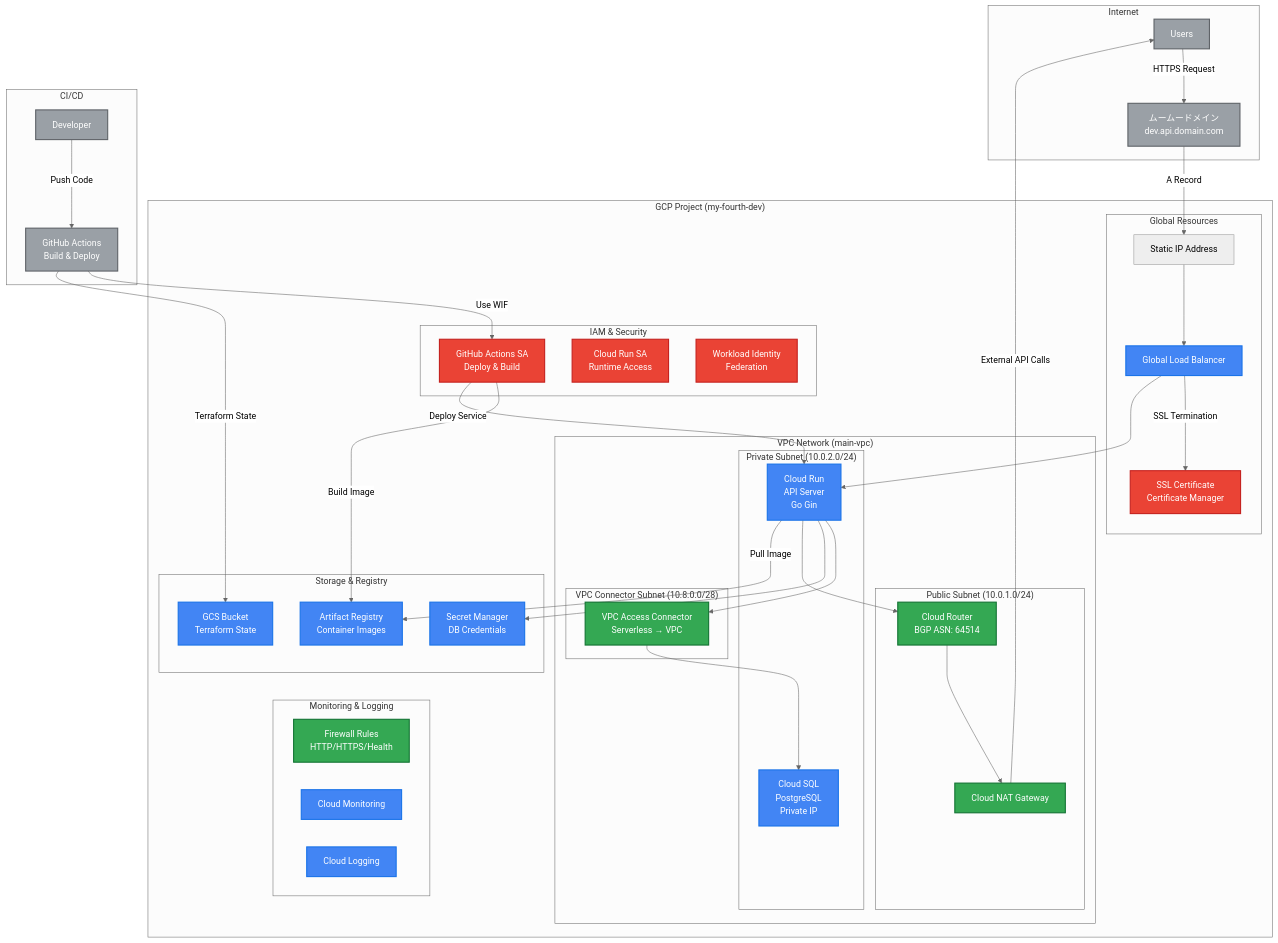
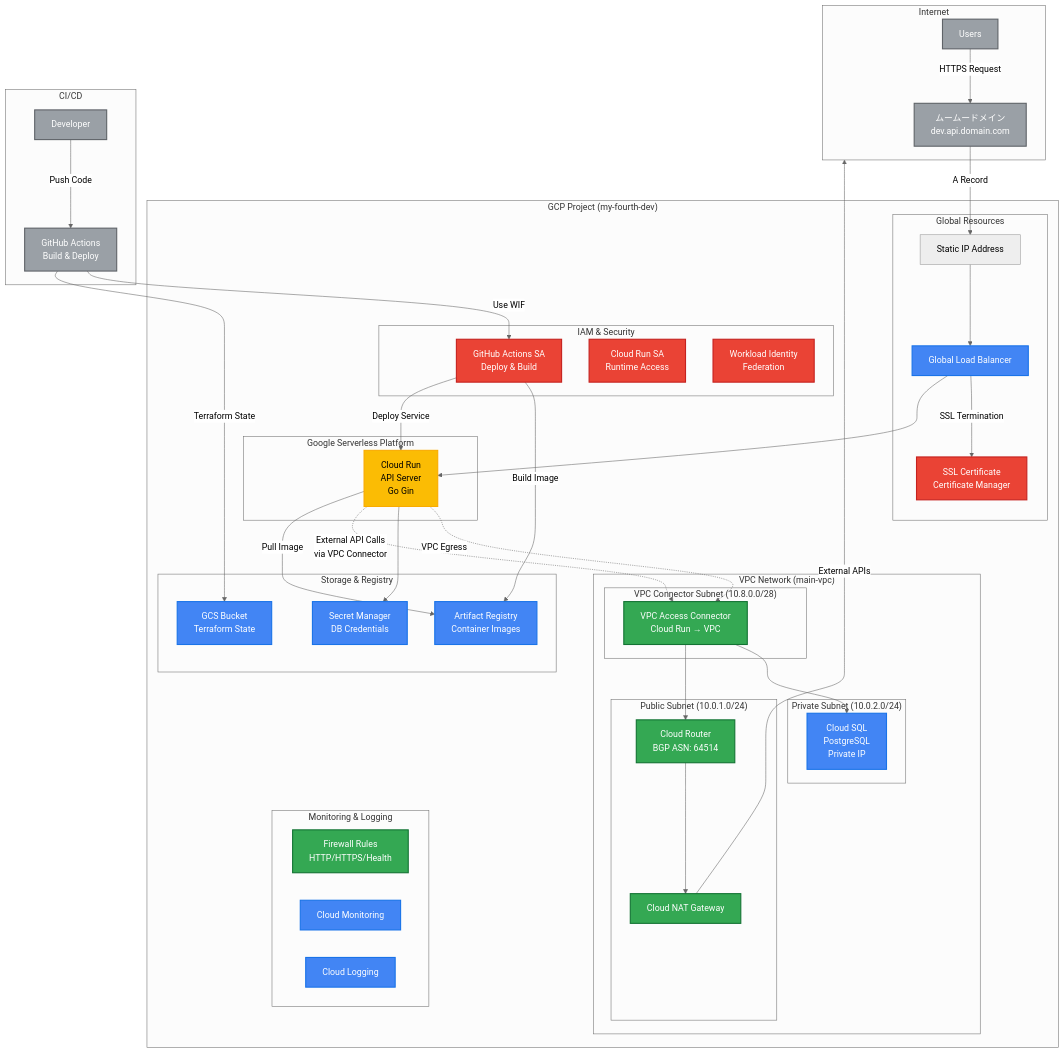
Before and after one commit to gonta1026/turborepo-project: the diagram in apps/my-fourth-terraform/README.md, drawn with Mermaid (neutral theme). The commit also changed other lines of this file and 5 other files, not shown here.

```diff
--- a/apps/my-fourth-terraform/README.md
+++ b/apps/my-fourth-terraform/README.md
@@ -59,6 +59,10 @@
             StaticIP[Static IP Address]
         end
 
+        subgraph "Google Serverless Platform"
+            CloudRun[Cloud Run<br/>API Server<br/>Go Gin]
+        end
+
         subgraph "VPC Network (main-vpc)"
             subgraph "Public Subnet (10.0.1.0/24)"
                 NATGW[Cloud NAT Gateway]
@@ -66,12 +70,11 @@
             end
 
             subgraph "Private Subnet (10.0.2.0/24)"
-                CloudRun[Cloud Run<br/>API Server<br/>Go Gin]
                 CloudSQL[Cloud SQL<br/>PostgreSQL<br/>Private IP]
             end
 
             subgraph "VPC Connector Subnet (10.8.0.0/28)"
-                VPCConn[VPC Access Connector<br/>Serverless → VPC]
+                VPCConn[VPC Access Connector<br/>Cloud Run → VPC]
             end
         end
 
@@ -99,20 +102,21 @@
         DEV[Developer]
     end
 
-    %% User Flow
+    %% User Flow (Inbound)
     Users -->|HTTPS Request| DNS
     DNS -->|A Record| StaticIP
     StaticIP --> LB
     LB -->|SSL Termination| SSL
     LB --> CloudRun
 
-    %% Internal Connections
-    CloudRun --> VPCConn
+    %% Cloud Run Outbound Connections
+    CloudRun -.->|VPC Egress| VPCConn
     VPCConn --> CloudSQL
     CloudRun --> SM
-    CloudRun --> Router
+    CloudRun -.->|External API Calls<br/>via VPC Connector| VPCConn
+    VPCConn --> Router
     Router --> NATGW
-    NATGW -->|External API Calls| Users
+    NATGW -->|External APIs| Internet
 
     %% CI/CD Flow
     DEV -->|Push Code| GH
@@ -129,8 +133,10 @@
     classDef network fill:#34a853,stroke:#137333,stroke-width:2px,color:#fff
     classDef security fill:#ea4335,stroke:#c5221f,stroke-width:2px,color:#fff
     classDef external fill:#9aa0a6,stroke:#5f6368,stroke-width:2px,color:#fff
+    classDef serverless fill:#fbbc04,stroke:#f9ab00,stroke-width:2px,color:#000
 
-    class LB,CloudRun,CloudSQL,AR,GCS,SM,MON,LOG gcpService
+    class LB,CloudSQL,AR,GCS,SM,MON,LOG gcpService
+    class CloudRun serverless
     class Router,NATGW,VPCConn,FW network
     class SA1,SA2,WIF,SSL security
     class Users,DNS,GH,DEV external
```
